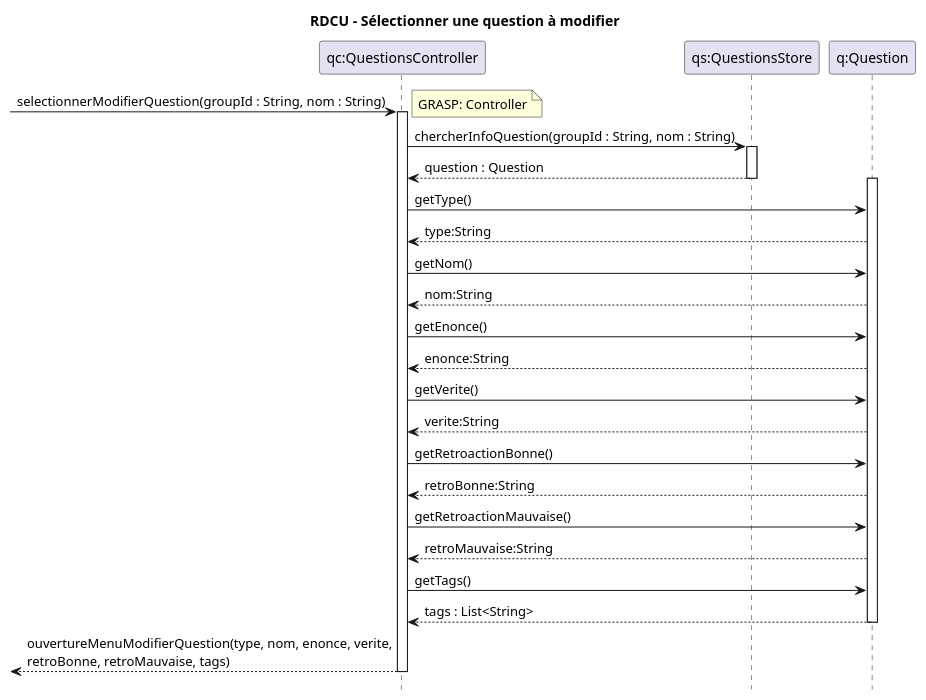
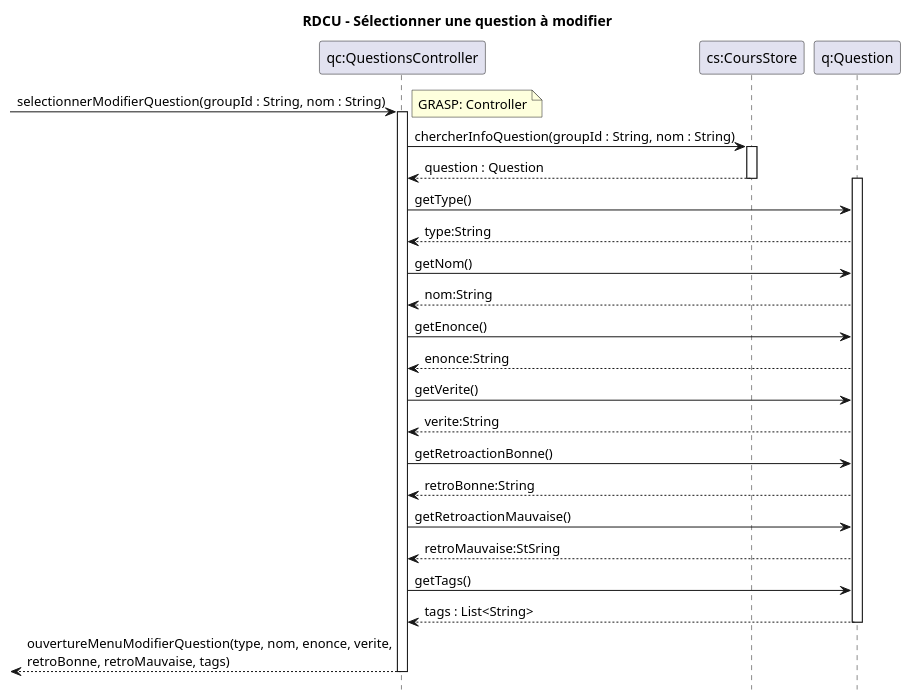
The diagram in docs/modeles/cu02/rdcu-selectionner-modifier-question.puml (xMrYahya/moodle-clone), drawn with PlantUML before and after one commit. The commit also changed 7 other files, not shown here.

Commit message:
Changement de QuestionStore a CoursStore et commencer a changer noms pour mieux fit le code (incomplet)

```diff
--- a/docs/modeles/cu02/rdcu-selectionner-modifier-question.puml
+++ b/docs/modeles/cu02/rdcu-selectionner-modifier-question.puml
@@ -1,44 +1,44 @@
 @startuml
 hide footbox
 title RDCU – Sélectionner une question à modifier
 
 participant "qc:QuestionsController" as QC
-participant "qs:QuestionsStore" as QS
+participant "cs:CoursStore" as CS
 participant "q:Question" as Q
 
 -> QC : selectionnerModifierQuestion(groupId : String, nom : String)
 note right: GRASP: Controller
 activate QC
 
-QC -> QS : chercherInfoQuestion(groupId : String, nom : String)
-activate QS
-QS --> QC : question : Question
-deactivate QS
+QC -> CS : chercherInfoQuestion(groupId : String, nom : String)
+activate CS
+CS --> QC : question : Question
+deactivate CS
 
 activate Q
 QC -> Q : getType()
 Q --> QC : type:String
 
 QC -> Q : getNom()
 Q --> QC : nom:String
 
 QC -> Q : getEnonce()
 Q --> QC : enonce:String
 
 QC -> Q : getVerite()
 Q --> QC : verite:String
 
 QC -> Q : getRetroactionBonne()
 Q --> QC : retroBonne:String
 
 QC -> Q : getRetroactionMauvaise()
-Q --> QC : retroMauvaise:String
+Q --> QC : retroMauvaise:StSring
 
 QC -> Q : getTags()
 Q --> QC : tags : List<String>
 deactivate Q
 
 <-- QC : ouvertureMenuModifierQuestion(type, nom, enonce, verite,\nretroBonne, retroMauvaise, tags)
 deactivate QC
 
 @enduml
```
